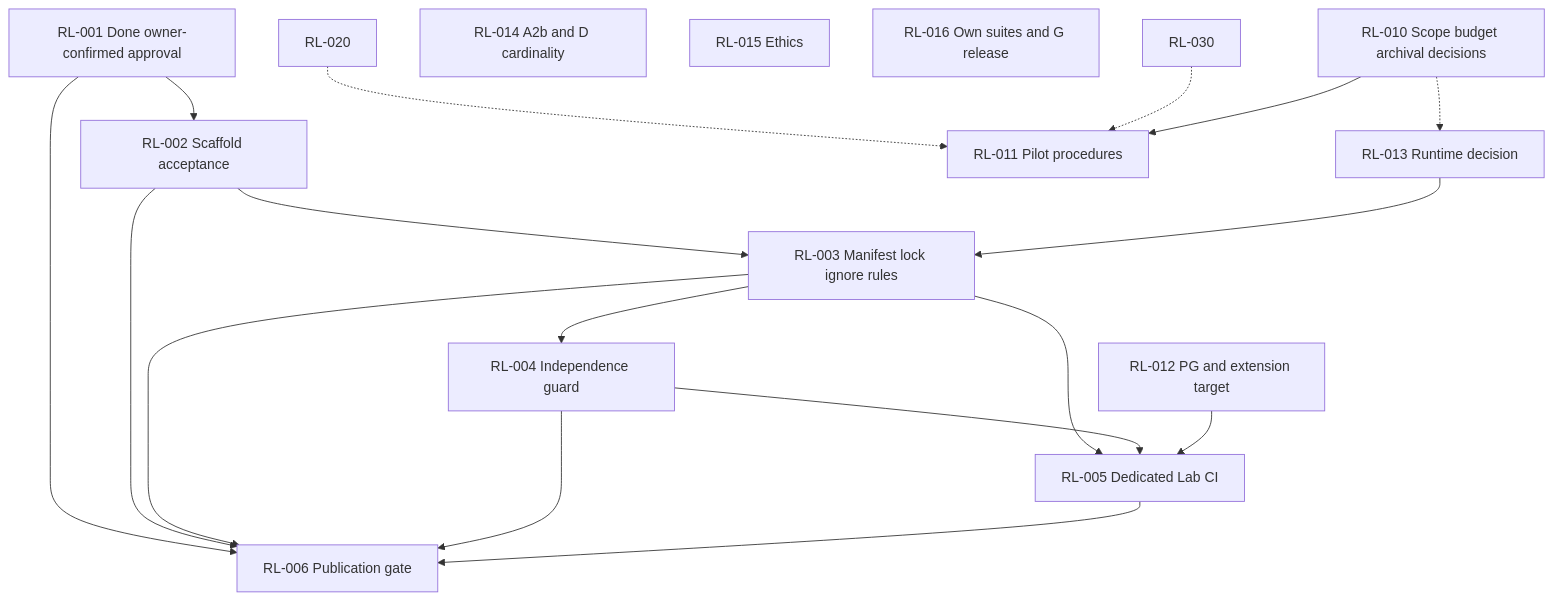
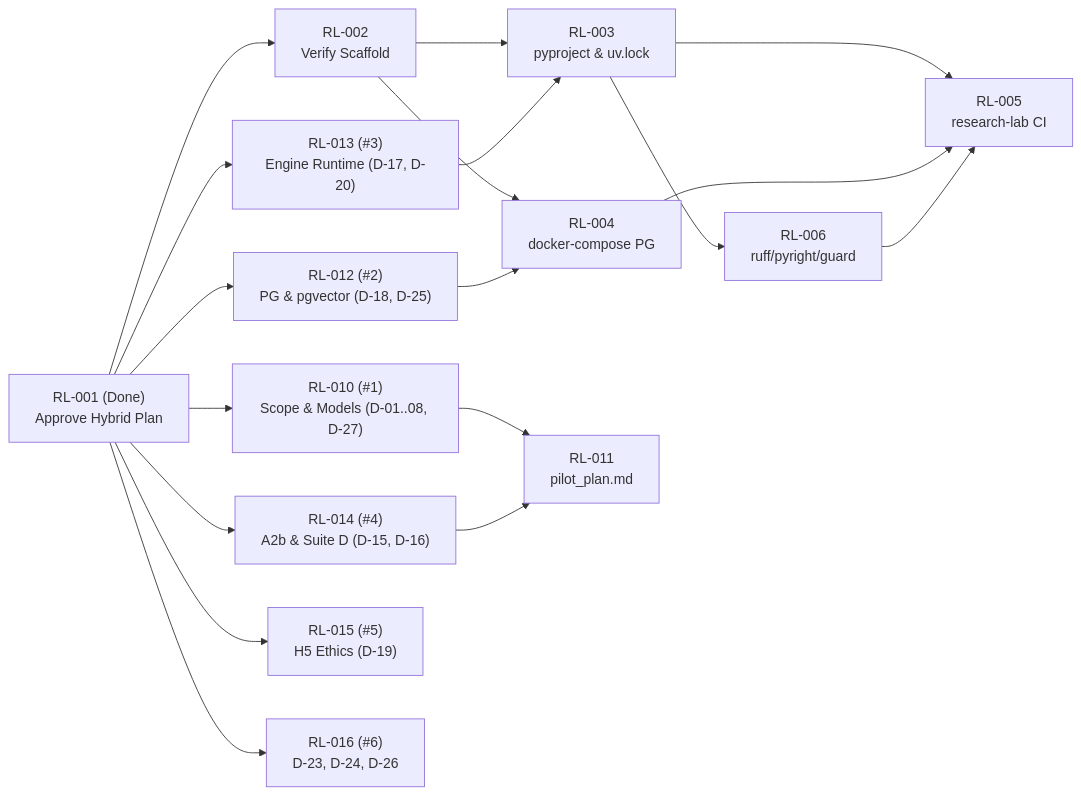
Before and after one commit to eMinders/ChronaMind: the first of 4 diagrams in research-lab/PLAN/DEPENDENCY_MAP.md, drawn with Mermaid. The commit also changed other lines of this file and 200 other files, not shown here.

Commit message:
Refactor research-lab documentation, centralize reference dir, fix specs, and sync issue drafts

````diff
--- a/research-lab/PLAN/DEPENDENCY_MAP.md
+++ b/research-lab/PLAN/DEPENDENCY_MAP.md
@@ -13,26 +22,37 @@
 ```mermaid
-flowchart TD
-    RL001[RL-001 Done owner-confirmed approval]
-    RL001 --> RL002[RL-002 Scaffold acceptance]
-    RL010[RL-010 Scope budget archival decisions]
-    RL012[RL-012 PG and extension target]
-    RL013[RL-013 Runtime decision]
-    RL014[RL-014 A2b and D cardinality]
-    RL015[RL-015 Ethics]
-    RL016[RL-016 Own suites and G release]
-    RL002 --> RL003[RL-003 Manifest lock ignore rules]
+flowchart LR
+    RL001["RL-001 (Done)<br/>Approve Hybrid Plan"]
+    RL002["RL-002<br/>Verify Scaffold"]
+    RL003["RL-003<br/>pyproject & uv.lock"]
+    RL004["RL-004<br/>docker-compose PG"]
+    RL005["RL-005<br/>research-lab CI"]
+    RL006["RL-006<br/>ruff/pyright/guard"]
+
+    RL010["RL-010 (#1)<br/>Scope & Models (D-01..08, D-27)"]
+    RL011["RL-011<br/>pilot_plan.md"]
+    RL012["RL-012 (#2)<br/>PG & pgvector (D-18, D-25)"]
+    RL013["RL-013 (#3)<br/>Engine Runtime (D-17, D-20)"]
+    RL014["RL-014 (#4)<br/>A2b & Suite D (D-15, D-16)"]
+    RL015["RL-015 (#5)<br/>H5 Ethics (D-19)"]
+    RL016["RL-016 (#6)<br/>D-23, D-24, D-26"]
+
+    RL001 --> RL002
+    RL001 --> RL010
+    RL001 --> RL012
+    RL001 --> RL013
+    RL001 --> RL014
+    RL001 --> RL015
+    RL001 --> RL016
+
+    RL002 --> RL003
     RL013 --> RL003
-    RL010 -.-> RL013
-    RL020[RL-020] -.-> RL011[RL-011 Pilot procedures]
-    RL030[RL-030] -.-> RL011
-    RL003 --> RL004[RL-004 Independence guard]
-    RL003 --> RL005[RL-005 Dedicated Lab CI]
+    RL002 --> RL004
+    RL012 --> RL004
+    RL003 --> RL006
+    RL003 --> RL005
     RL004 --> RL005
-    RL012 --> RL005
-    RL001 --> RL006[RL-006 Publication gate]
-    RL002 --> RL006
-    RL003 --> RL006
-    RL004 --> RL006
-    RL005 --> RL006
-    RL010 --> RL011[RL-011 Pilot procedures]
+    RL006 --> RL005
+
+    RL010 --> RL011
+    RL014 --> RL011
 ```
````
